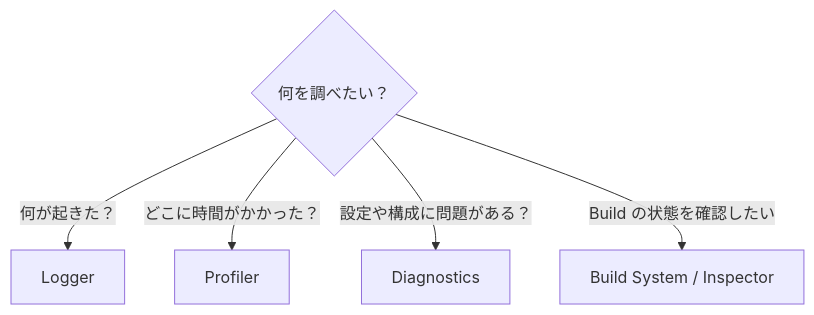
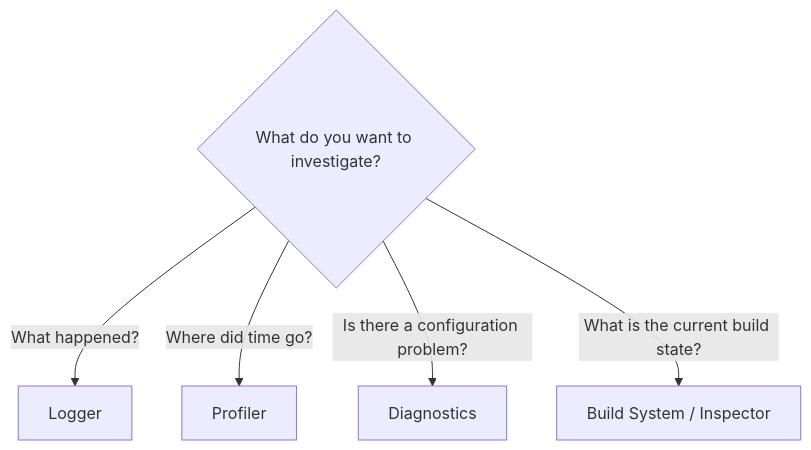
Before and after one commit to Rerurate514/riebeckite: the fifth of 5 diagrams in docs/docs/framework/observability.md, drawn with Mermaid. The commit also changed other lines of this file and 604 other files, not shown here.

````diff
--- a/docs/docs/framework/observability.md
+++ b/docs/docs/framework/observability.md
@@ -242,9 +197,9 @@
 ```mermaid
 flowchart TD
-    Q{"何を調べたい？"}
+    Q{"What do you want to investigate?"}
 
-    Q -->|"何が起きた？"| L["Logger"]
-    Q -->|"どこに時間がかかった？"| P["Profiler"]
-    Q -->|"設定や構成に問題がある？"| D["Diagnostics"]
-    Q -->|"Build の状態を確認したい"| B["Build System / Inspector"]
+    Q -->|"What happened?"| L["Logger"]
+    Q -->|"Where did time go?"| P["Profiler"]
+    Q -->|"Is there a configuration problem?"| D["Diagnostics"]
+    Q -->|"What is the current build state?"| B["Build System / Inspector"]
 ```
````
